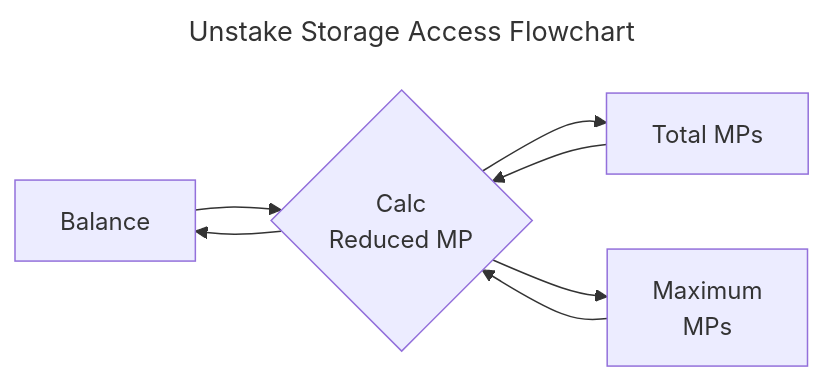
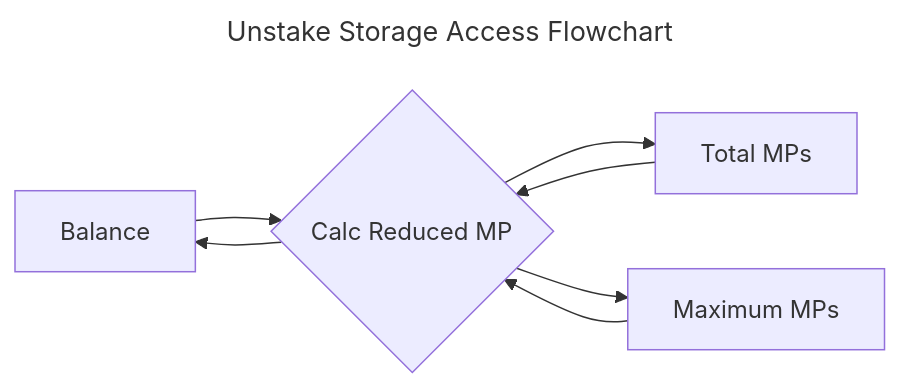
The third of 4 diagrams in docs/MathSpec.md (vacp2p/staking-reward-streamer), drawn with Mermaid before and after one commit. The commit also changed other lines of this file, not shown here.

Commit message:
Remove \n from diagrams

````diff
--- a/docs/MathSpec.md
+++ b/docs/MathSpec.md
@@ -571,19 +564,16 @@
 ```mermaid
 ---
 title: Unstake Storage Access Flowchart
 ---
 flowchart LR
 	Balance
 	TotalMP[Total MPs]
-	MaxMP[Maximum\nMPs]
-
-	FReduceMP{Calc\nReduced MP}
-
-    %% Unstake Process
+	MaxMP[Maximum MPs]
+	FReduceMP{Calc Reduced MP}
     TotalMP --> FReduceMP
     MaxMP --> FReduceMP
     Balance --> FReduceMP
     FReduceMP --> Balance
     FReduceMP --> TotalMP
     FReduceMP --> MaxMP
 ```
````
